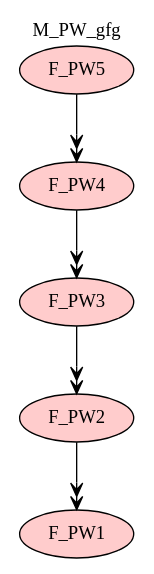
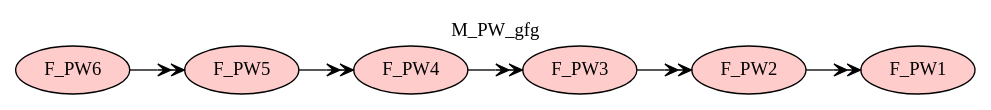
Before and after one commit to namalio/Fragmenta: the diagram in Haskell/FragmentaTests/PetsWorld/img/M_PW_gfg.gv, drawn with Graphviz. The commit also changed 36 other files, not shown here.

```diff
--- a/Haskell/FragmentaTests/PetsWorld/img/M_PW_gfg.gv
+++ b/Haskell/FragmentaTests/PetsWorld/img/M_PW_gfg.gv
@@ -1,12 +1,14 @@
-digraph {graph[label=M_PW_gfg,labelloc=tl,labelfontsize=12];
+digraph {graph[label=M_PW_gfg,labelloc=tl,labelfontsize=12,rankdir="LR"];
 "F_PW1"[shape=oval,fillcolor="#FFCCCC",style ="filled",label="F_PW1"];
 "F_PW2"[shape=oval,fillcolor="#FFCCCC",style ="filled",label="F_PW2"];
 "F_PW3"[shape=oval,fillcolor="#FFCCCC",style ="filled",label="F_PW3"];
 "F_PW4"[shape=oval,fillcolor="#FFCCCC",style ="filled",label="F_PW4"];
 "F_PW5"[shape=oval,fillcolor="#FFCCCC",style ="filled",label="F_PW5"];
+"F_PW6"[shape=oval,fillcolor="#FFCCCC",style ="filled",label="F_PW6"];
 
 "F_PW2"->"F_PW1"[label=" ",arrowhead=veevee];
 "F_PW3"->"F_PW2"[label=" ",arrowhead=veevee];
 "F_PW4"->"F_PW3"[label=" ",arrowhead=veevee];
 "F_PW5"->"F_PW4"[label=" ",arrowhead=veevee];
+"F_PW6"->"F_PW5"[label=" ",arrowhead=veevee];
 }
```
